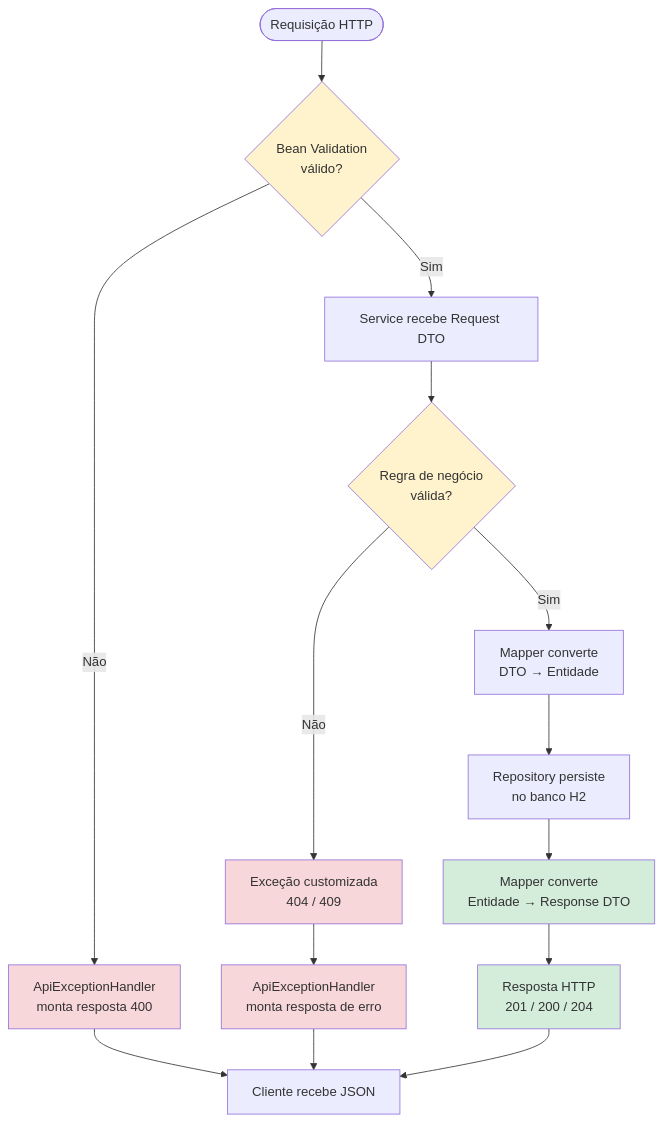
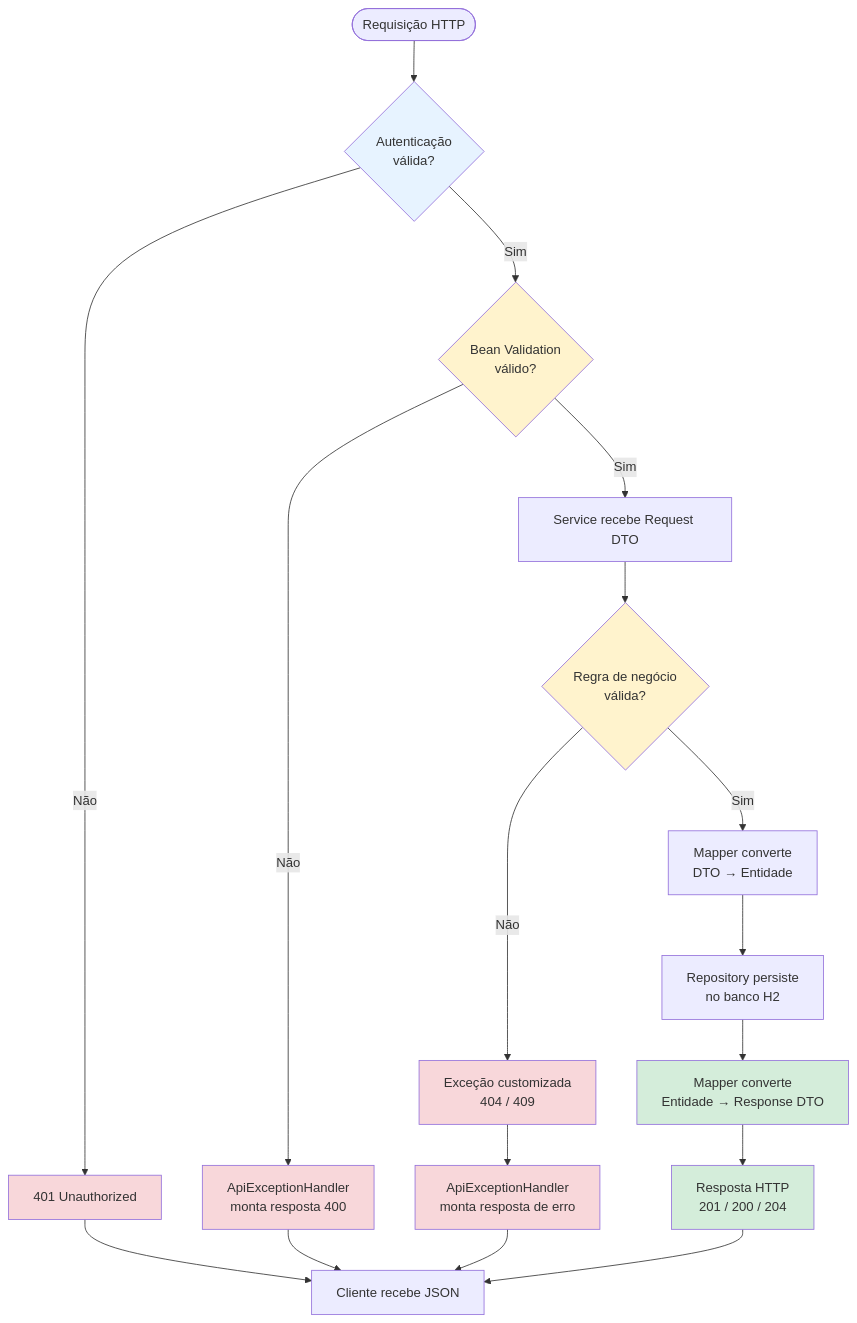
One commit to GeciaraBoava/teste-bv changed the second of 13 diagrams in fluxograma.md. Above: the diagram before and after it, drawn with Mermaid. The commit also changed other lines of this file and 2 other files, not shown here.

````diff
--- a/fluxograma.md
+++ b/fluxograma.md
@@ -73,27 +78,32 @@
 ```mermaid
 flowchart TD
-    START([Requisição HTTP]) --> VAL{Bean Validation<br/>válido?}
+    START([Requisição HTTP]) --> SEC{Autenticação<br/>válida?}
+    SEC -->|Não| ERR401[401 Unauthorized]
+    SEC -->|Sim| VAL{Bean Validation<br/>válido?}
     VAL -->|Não| EXH[ApiExceptionHandler<br/>monta resposta 400]
     VAL -->|Sim| SVC[Service recebe Request DTO]
 
     SVC --> BIZ{Regra de negócio<br/>válida?}
     BIZ -->|Não| EXC[Exceção customizada<br/>404 / 409]
     BIZ -->|Sim| MAP[Mapper converte<br/>DTO → Entidade]
 
     MAP --> DB[Repository persiste<br/>no banco H2]
     DB --> RSP[Mapper converte<br/>Entidade → Response DTO]
     RSP --> HTTP[Resposta HTTP<br/>201 / 200 / 204]
 
     EXC --> EXH2[ApiExceptionHandler<br/>monta resposta de erro]
-    EXH --> CLIENT[Cliente recebe JSON]
+    ERR401 --> CLIENT[Cliente recebe JSON]
+    EXH --> CLIENT
     EXH2 --> CLIENT
     HTTP --> CLIENT
 
+    style SEC fill:#e7f3ff
+    style ERR401 fill:#f8d7da
     style VAL fill:#fff3cd
     style BIZ fill:#fff3cd
     style EXC fill:#f8d7da
     style EXH fill:#f8d7da
     style EXH2 fill:#f8d7da
     style HTTP fill:#d4edda
     style RSP fill:#d4edda
 ```
````
